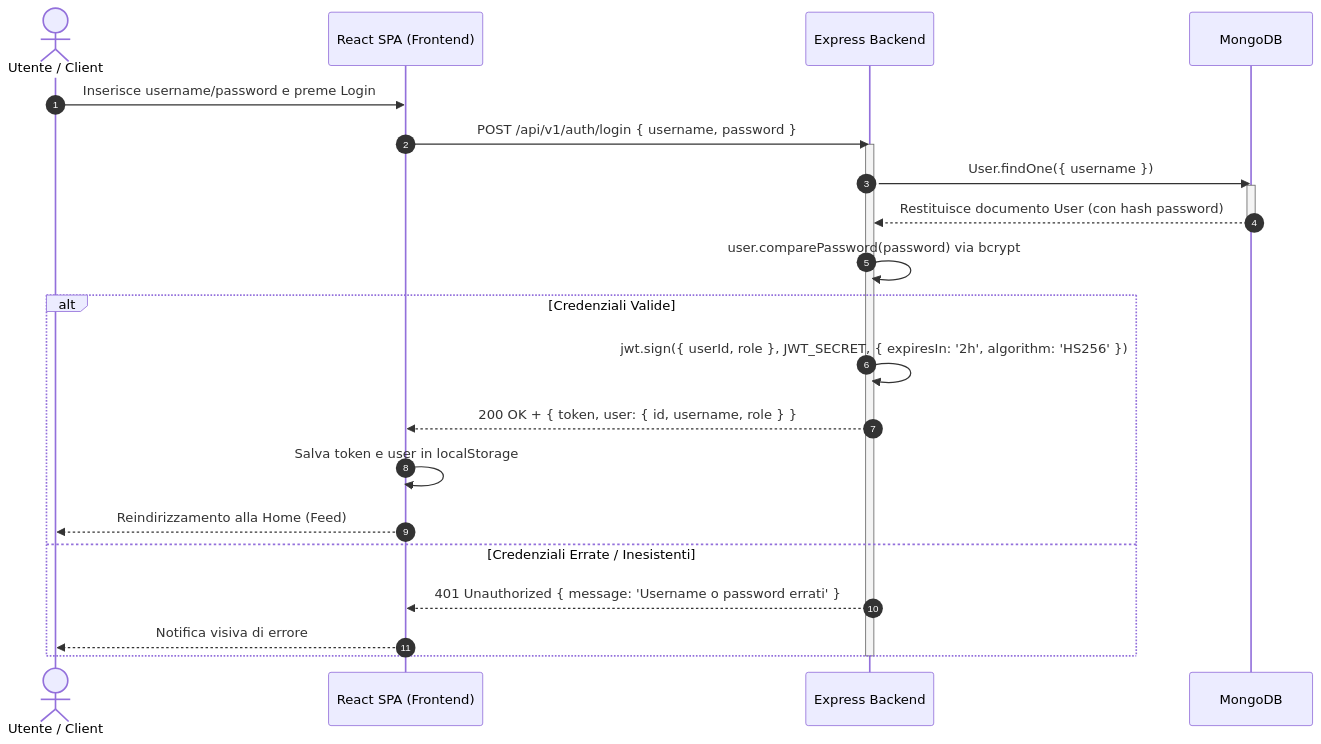
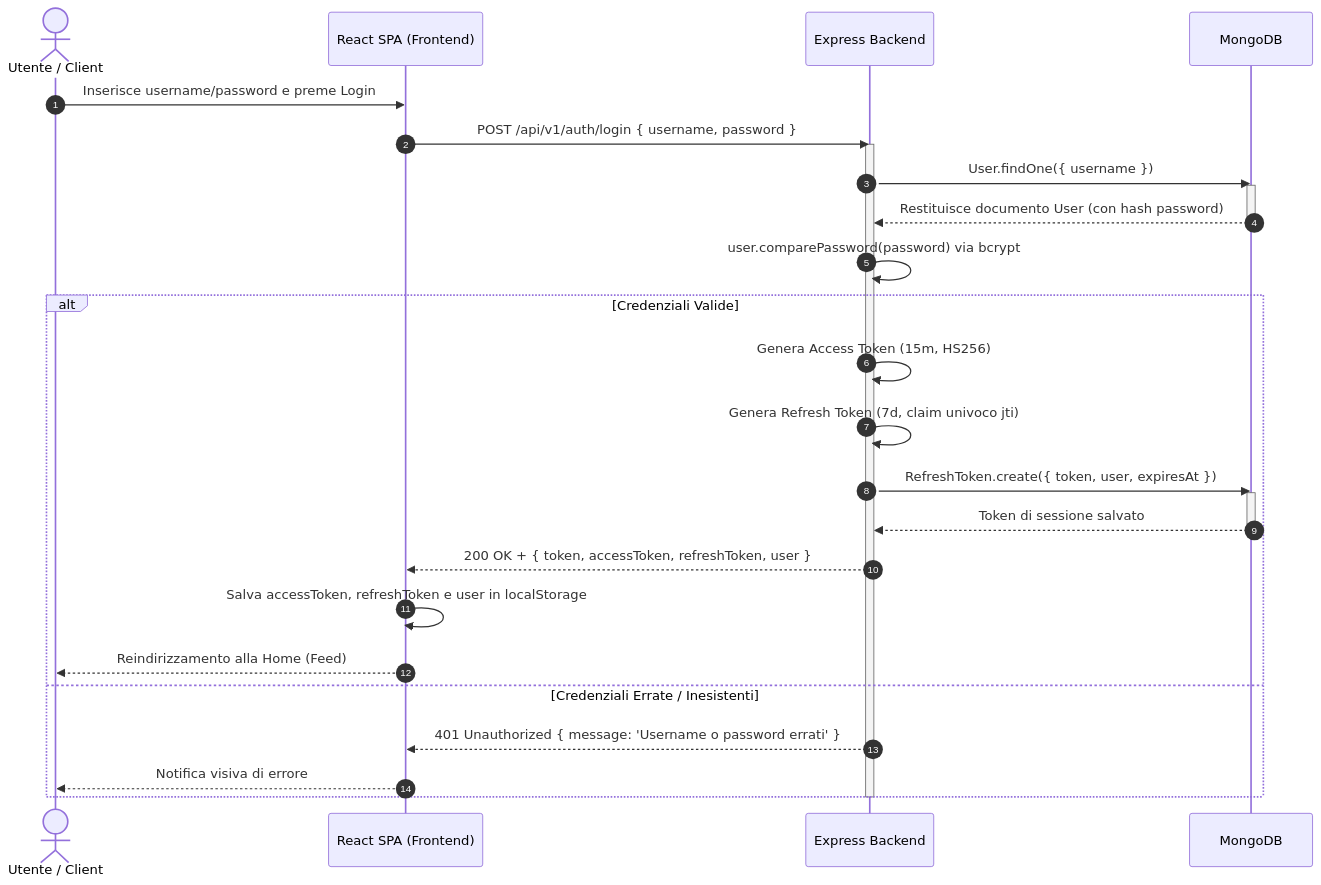
One commit to LucaValenz/JamPulse changed the third of 5 diagrams in README.md. Above: the diagram before and after it, drawn with Mermaid. The commit also changed other lines of this file and 8 other files, not shown here.

First line of the commit message:
Add dual-token auth flow

````diff
--- a/README.md
+++ b/README.md
@@ -281,28 +290,33 @@
 ```mermaid
 sequenceDiagram
     autonumber
     actor Utente as Utente / Client
     participant FE as React SPA (Frontend)
     participant BE as Express Backend
     participant DB as MongoDB
 
     Utente ->> FE: Inserisce username/password e preme Login
     FE ->> BE: POST /api/v1/auth/login { username, password }
     activate BE
     BE ->> DB: User.findOne({ username })
     activate DB
     DB -->> BE: Restituisce documento User (con hash password)
     deactivate DB
 
     BE ->> BE: user.comparePassword(password) via bcrypt
     alt Credenziali Valide
-        BE ->> BE: jwt.sign({ userId, role }, JWT_SECRET, { expiresIn: '2h', algorithm: 'HS256' })
-        BE -->> FE: 200 OK + { token, user: { id, username, role } }
-        FE ->> FE: Salva token e user in localStorage
+        BE ->> BE: Genera Access Token (15m, HS256)
+        BE ->> BE: Genera Refresh Token (7d, claim univoco jti)
+        BE ->> DB: RefreshToken.create({ token, user, expiresAt })
+        activate DB
+        DB -->> BE: Token di sessione salvato
+        deactivate DB
+        BE -->> FE: 200 OK + { token, accessToken, refreshToken, user }
+        FE ->> FE: Salva accessToken, refreshToken e user in localStorage
         FE -->> Utente: Reindirizzamento alla Home (Feed)
     else Credenziali Errate / Inesistenti
         BE -->> FE: 401 Unauthorized { message: 'Username o password errati' }
         FE -->> Utente: Notifica visiva di errore
     end
     deactivate BE
 ```
````
